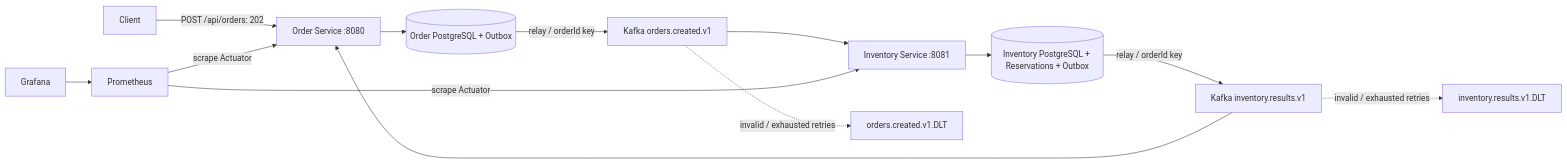
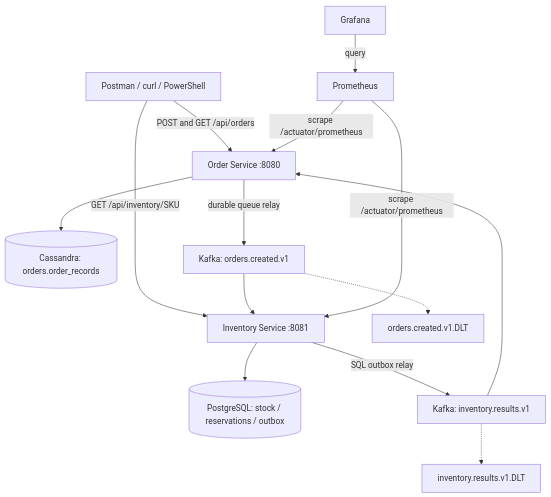
The diagram in README.md (nz284/springboot-kafka-microservices-demo), drawn with Mermaid before and after one commit. The commit also changed other lines of this file and 34 other files, not shown here.

Commit message:
Migrate Order Service to Cassandra with atomic event queue; add English README and tested Postman collection

````diff
--- a/README.md
+++ b/README.md
@@ -9,15 +14,16 @@
 ```mermaid
-flowchart LR
-  Client -->|POST /api/orders: 202| Order[Order Service :8080]
-  Order --> ODB[(Order PostgreSQL + Outbox)]
-  ODB -->|relay / orderId key| Created[Kafka orders.created.v1]
-  Created --> Inventory[Inventory Service :8081]
-  Inventory --> IDB[(Inventory PostgreSQL + Reservations + Outbox)]
-  IDB -->|relay / orderId key| Result[Kafka inventory.results.v1]
+flowchart TD
+  Client[Postman / curl / PowerShell] -->|POST and GET /api/orders| Order[Order Service :8080]
+  Client -->|GET /api/inventory/SKU| Inventory[Inventory Service :8081]
+  Order --> Cassandra[(Cassandra: orders.order_records)]
+  Order -->|durable queue relay| Created[Kafka: orders.created.v1]
+  Created --> Inventory
+  Inventory --> Postgres[(PostgreSQL: stock / reservations / outbox)]
+  Inventory -->|SQL outbox relay| Result[Kafka: inventory.results.v1]
   Result --> Order
-  Created -. invalid / exhausted retries .-> DLT1[orders.created.v1.DLT]
-  Result -. invalid / exhausted retries .-> DLT2[inventory.results.v1.DLT]
-  Prometheus -->|scrape Actuator| Order
-  Prometheus -->|scrape Actuator| Inventory
-  Grafana --> Prometheus
+  Created -.-> RequestsDLT[orders.created.v1.DLT]
+  Result -.-> ResultsDLT[inventory.results.v1.DLT]
+  Prometheus -->|scrape /actuator/prometheus| Order
+  Prometheus -->|scrape /actuator/prometheus| Inventory
+  Grafana -->|query| Prometheus
 ```
````
